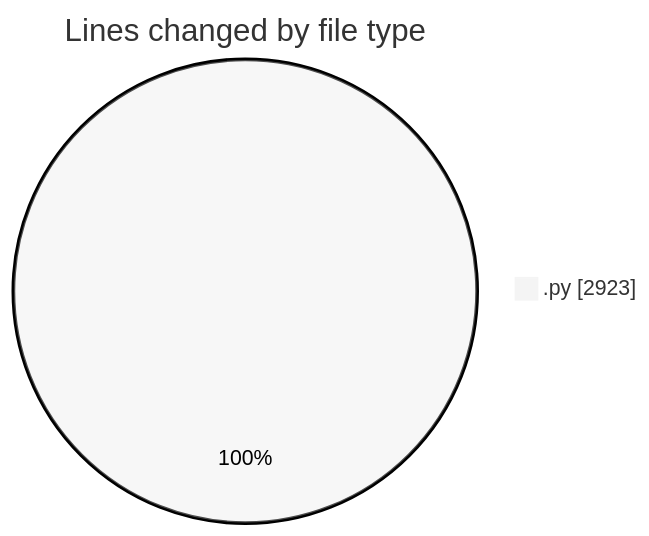
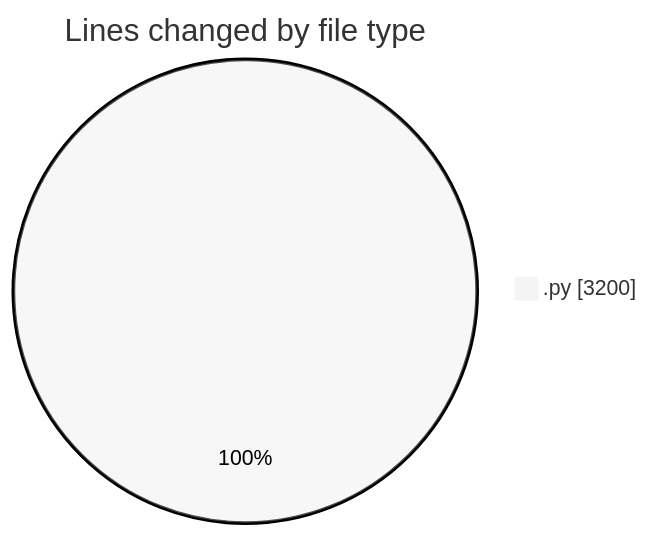
One commit to MatusMokan/code-tracking changed the first of 2 diagrams in 2025-05-08/myws__workspace_/README.md. Above: the diagram before and after it, drawn with Mermaid (neutral theme). The commit also changed other lines of this file and 1 other file, not shown here.

````diff
--- a/2025-05-08/myws__workspace_/README.md
+++ b/2025-05-08/myws__workspace_/README.md
@@ -23,5 +23,5 @@
 ```mermaid
 pie showData
 title Lines changed by file type
-".py" : 2923
+".py" : 3200
 ```
````
